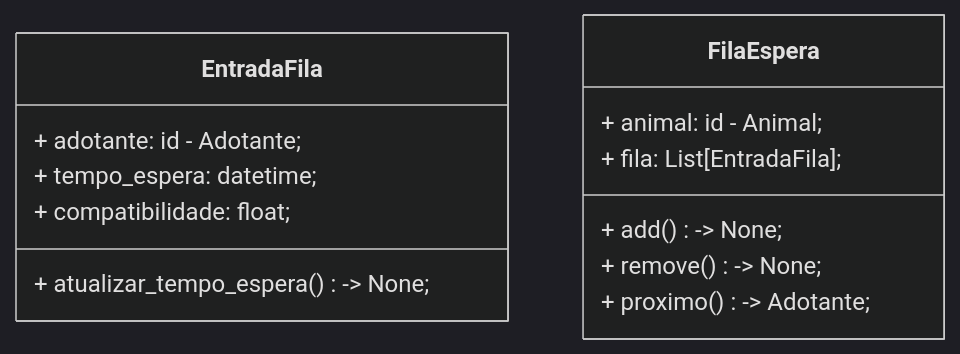
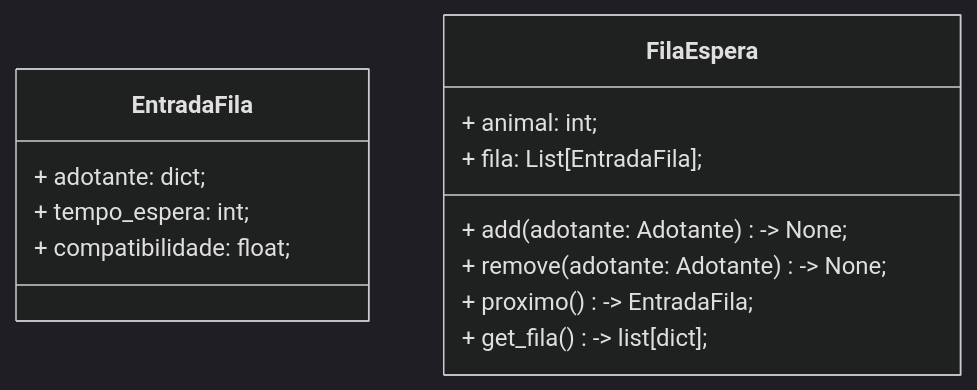
Before and after one commit to Alisson014/projeto-1-poo-sistema-adocao-animais: the third of 8 diagrams in docs/uml.md, drawn with Mermaid (dark theme). The commit also changed other lines of this file and 2 other files, not shown here.

Commit message:
docs: update documentation to include tests and uml updates

````diff
--- a/docs/uml.md
+++ b/docs/uml.md
@@ -127,18 +130,18 @@
 ```mermaid
 classDiagram
     %% Classes
     class EntradaFila {
-        + adotante: id - Adotante;
-        + tempo_espera: datetime;
+        + adotante: dict;
+        + tempo_espera: int;
         + compatibilidade: float;
-        + atualizar_tempo_espera() -> None;
     }
 
     class FilaEspera {
-        + animal: id - Animal;
+        + animal: int;
         + fila: List[EntradaFila];
-        + add() -> None;
-        + remove() -> None;
-        + proximo() -> Adotante;
+        + add(adotante: Adotante) -> None;
+        + remove(adotante: Adotante) -> None;
+        + proximo() -> EntradaFila;
+        + get_fila() -> list[dict];
     }
-```
+```    
````
